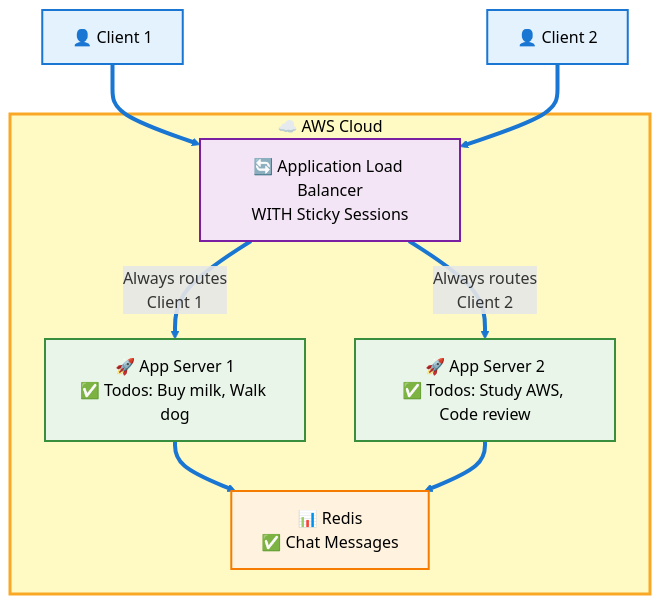
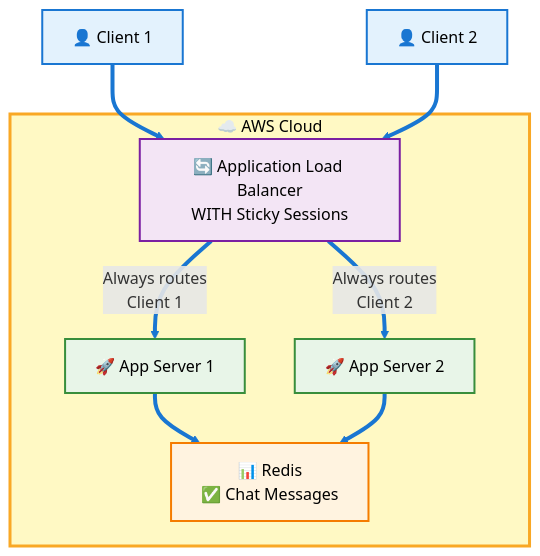
Before and after one commit to Jilan5/scaling-websocket-with-AWS-ALB: the second of 4 diagrams in README.md, drawn with Mermaid. The commit also changed other lines of this file, not shown here.

````diff
--- a/README.md
+++ b/README.md
@@ -110,37 +110,37 @@
 ```mermaid
 flowchart TD
     C1[👤 Client 1] --> ALB[🔄 Application Load Balancer<br/>WITH Sticky Sessions]
     C2[👤 Client 2] --> ALB
     
-    ALB -->|Always routes<br/>Client 1| A1[🚀 App Server 1<br/>✅ Todos: Buy milk, Walk dog]
-    ALB -->|Always routes<br/>Client 2| A2[🚀 App Server 2<br/>✅ Todos: Study AWS, Code review]
+    ALB -->|Always routes<br/>Client 1| A1[🚀 App Server 1<br/>]
+    ALB -->|Always routes<br/>Client 2| A2[🚀 App Server 2<br/>]
     
     A1 --> R[📊 Redis<br/>✅ Chat Messages]
     A2 --> R
     
     subgraph AWS["☁️ AWS Cloud"]
         ALB
         A1
         A2
         R
     end
     
     classDef client fill:#e3f2fd,stroke:#1976d2,stroke-width:2px,color:#000
     classDef alb fill:#f3e5f5,stroke:#7b1fa2,stroke-width:2px,color:#000
     classDef server fill:#e8f5e8,stroke:#388e3c,stroke-width:2px,color:#000
     classDef redis fill:#fff3e0,stroke:#f57c00,stroke-width:2px,color:#000
     classDef aws fill:#fff9c4,stroke:#f9a825,stroke-width:3px,color:#000
     
     class C1,C2 client
     class ALB alb
     class A1,A2 server
     class R redis
     class AWS aws
     
     linkStyle 0 stroke:#1976d2,stroke-width:4px
     linkStyle 1 stroke:#1976d2,stroke-width:4px
     linkStyle 2 stroke:#1976d2,stroke-width:4px
     linkStyle 3 stroke:#1976d2,stroke-width:4px
     linkStyle 4 stroke:#1976d2,stroke-width:4px
     linkStyle 5 stroke:#1976d2,stroke-width:4px
 ```
````
